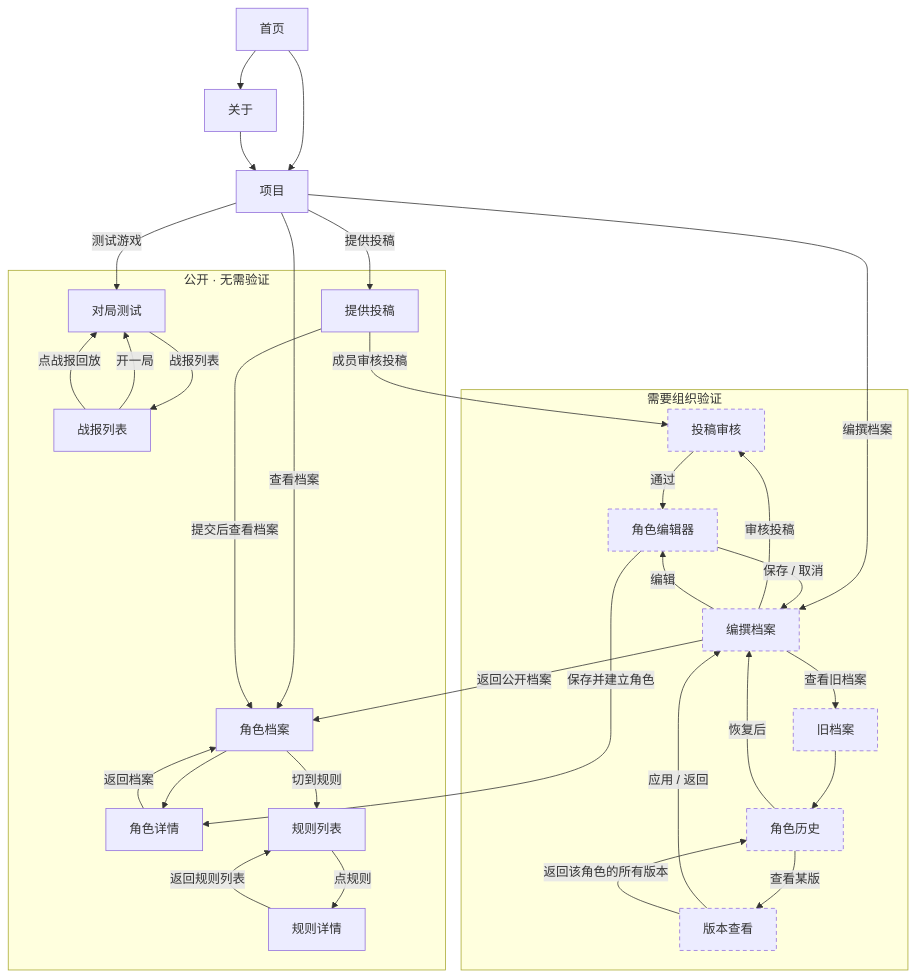
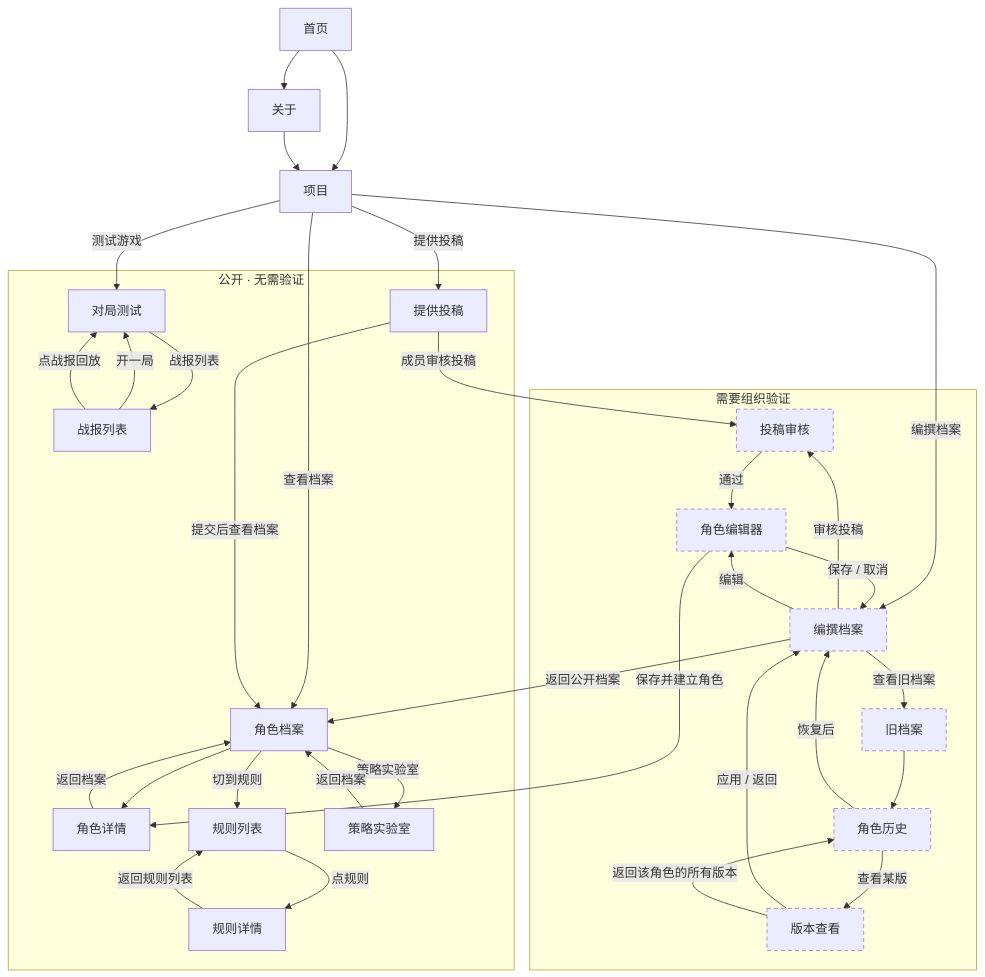
One commit to cangwu-protect-union/cangwu-protect-union.github.io changed the diagram in rpg6.0/访客流程图.md. Above: the diagram before and after it, drawn with Mermaid. The commit also changed 31 other files, not shown here.

````diff
--- a/rpg6.0/访客流程图.md
+++ b/rpg6.0/访客流程图.md
@@ -7,68 +7,71 @@
 ```mermaid
 flowchart TD
 
   H["首页"]
   A["关于"]
   P["项目"]
 
   subgraph open["公开 · 无需验证"]
     R["角色档案"]
     C["角色详情"]
     RL["规则列表"]
     RU["规则详情"]
     O["提供投稿"]
     T["对局测试"]
     BL["战报列表"]
+    LB["策略实验室"]
   end
 
   subgraph locked["需要组织验证"]
     EZ["编撰档案"]
     RV["投稿审核"]
     EE["角色编辑器"]
     OZ["旧档案"]
     OC["角色历史"]
     VV["版本查看"]
   end
 
   %% 主站
   H --> A
   H --> P
   A --> P
 
   %% 项目页的四个入口
   P -->|查看档案| R
   P -->|提供投稿| O
   P -->|编撰档案| EZ
   P -->|测试游戏| T
 
   %% 对局与战报
   T -->|战报列表| BL
   BL -->|开一局| T
   BL -->|点战报回放| T
+  R -->|策略实验室| LB
+  LB -->|返回档案| R
 
   %% 公开区
   R --> C
   C -->|返回档案| R
   R -->|切到规则| RL
   RL -->|点规则| RU
   RU -->|返回规则列表| RL
   O -->|提交后查看档案| R
   O -->|成员审核投稿| RV
 
   %% 编辑区
   EZ -->|审核投稿| RV
   EZ -->|查看旧档案| OZ
   EZ -->|返回公开档案| R
   EZ -->|编辑| EE
   EE -->|保存 / 取消| EZ
   RV -->|通过| EE
   EE -->|保存并建立角色| C
   OZ --> OC
   OC -->|查看某版| VV
   OC -->|恢复后| EZ
   VV -->|应用 / 返回| EZ
   VV -->|返回该角色的所有版本| OC
 
   classDef lock stroke-dasharray: 5 4;
   class EZ,RV,EE,OZ,OC,VV lock;
 ```
````
